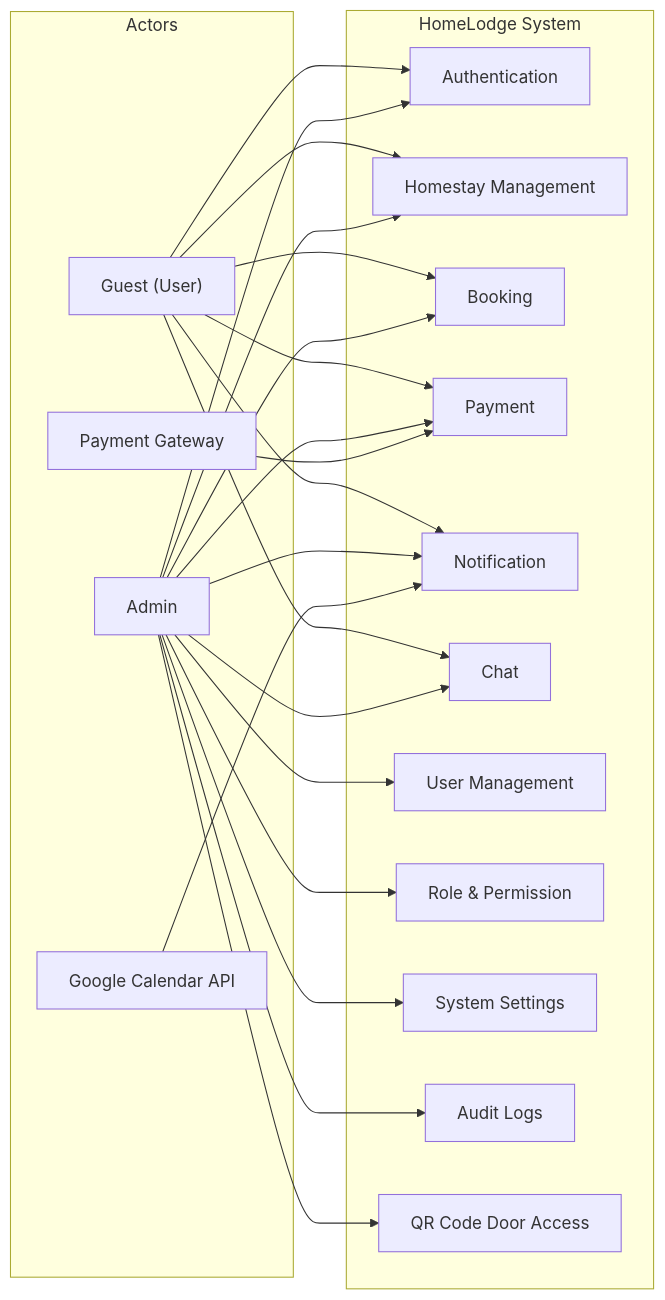
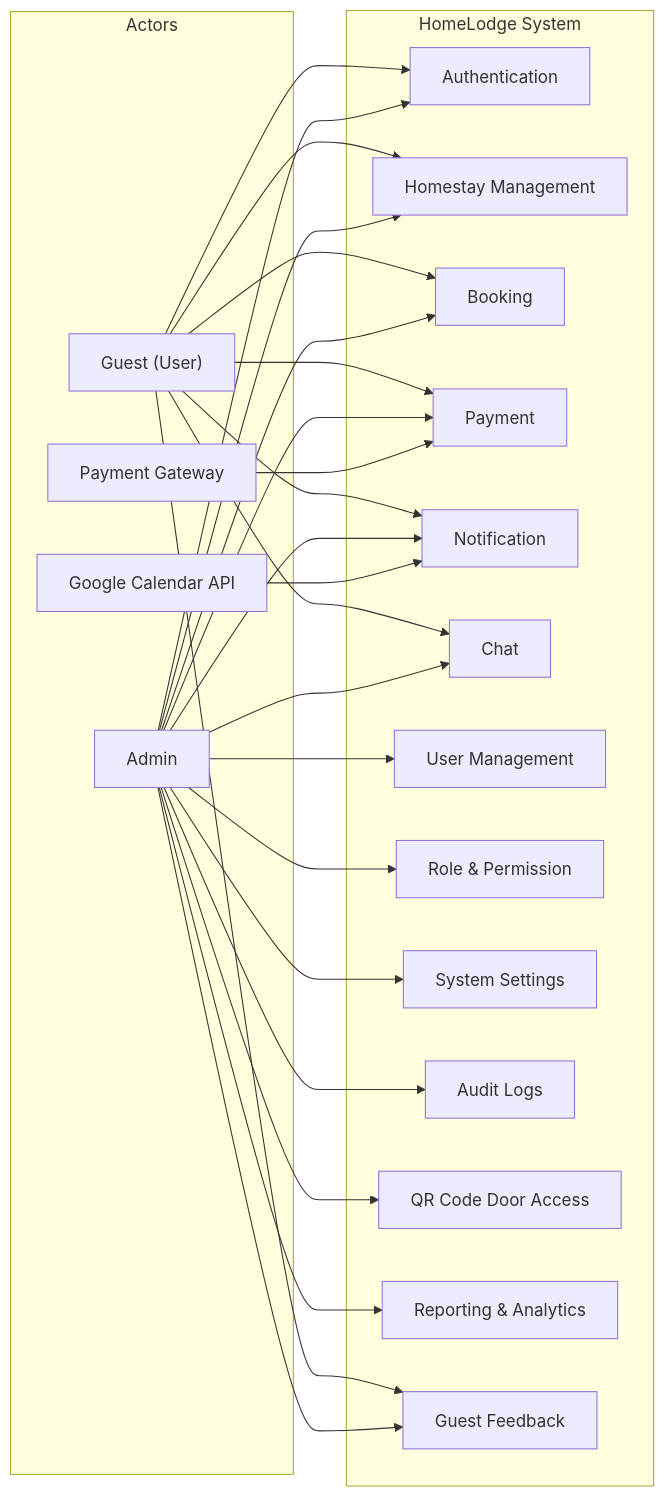
One commit to aisyahumairah/HomeLodge-Doc changed the first of 14 diagrams in docs/dev/USE_CASE_DIAGRAMS.md. Above: the diagram before and after it, drawn with Mermaid. The commit also changed other lines of this file and 7 other files, not shown here.

````diff
--- a/docs/dev/USE_CASE_DIAGRAMS.md
+++ b/docs/dev/USE_CASE_DIAGRAMS.md
@@ -34,45 +36,50 @@
 ```mermaid
 graph LR
     subgraph Actors
         Guest["Guest (User)"]
         Admin["Admin"]
         PG["Payment Gateway"]
         GCal["Google Calendar API"]
     end
 
     subgraph HomeLodge System
         AUTH["Authentication"]
         HS["Homestay Management"]
         BK["Booking"]
         PAY["Payment"]
         NOTIF["Notification"]
         CHAT["Chat"]
         USR["User Management"]
         ROLE["Role & Permission"]
         SET["System Settings"]
         AUDIT["Audit Logs"]
         QR["QR Code Door Access"]
+        RPT["Reporting & Analytics"]
+        FB["Guest Feedback"]
     end
 
     Guest --> AUTH
     Guest --> HS
     Guest --> BK
     Guest --> PAY
     Guest --> NOTIF
     Guest --> CHAT
+    Guest --> FB
 
     Admin --> AUTH
     Admin --> HS
     Admin --> BK
     Admin --> PAY
     Admin --> NOTIF
     Admin --> CHAT
     Admin --> USR
     Admin --> ROLE
     Admin --> SET
     Admin --> AUDIT
     Admin --> QR
+    Admin --> RPT
+    Admin --> FB
 
     PG --> PAY
     GCal --> NOTIF
 ```
````
